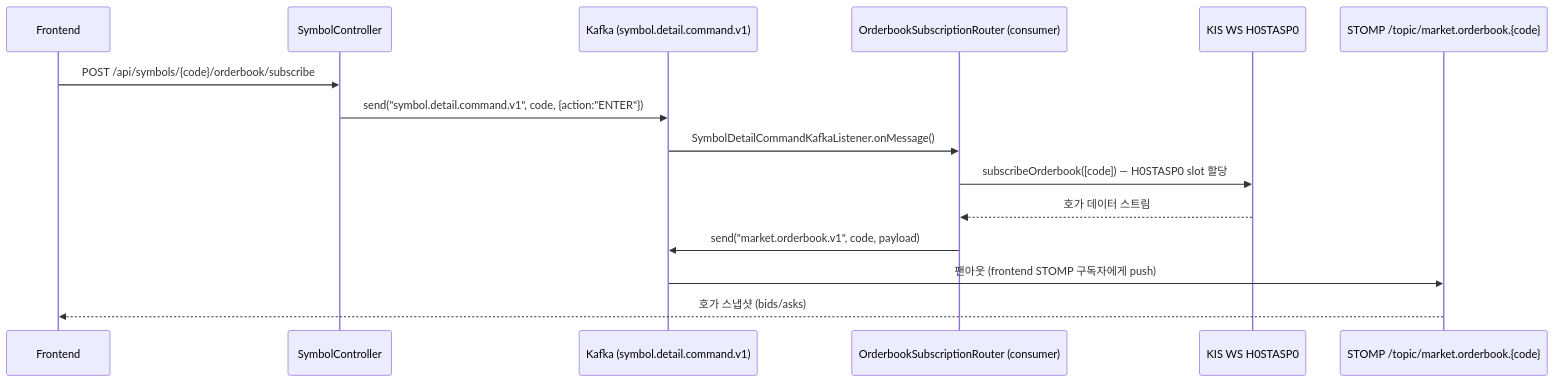
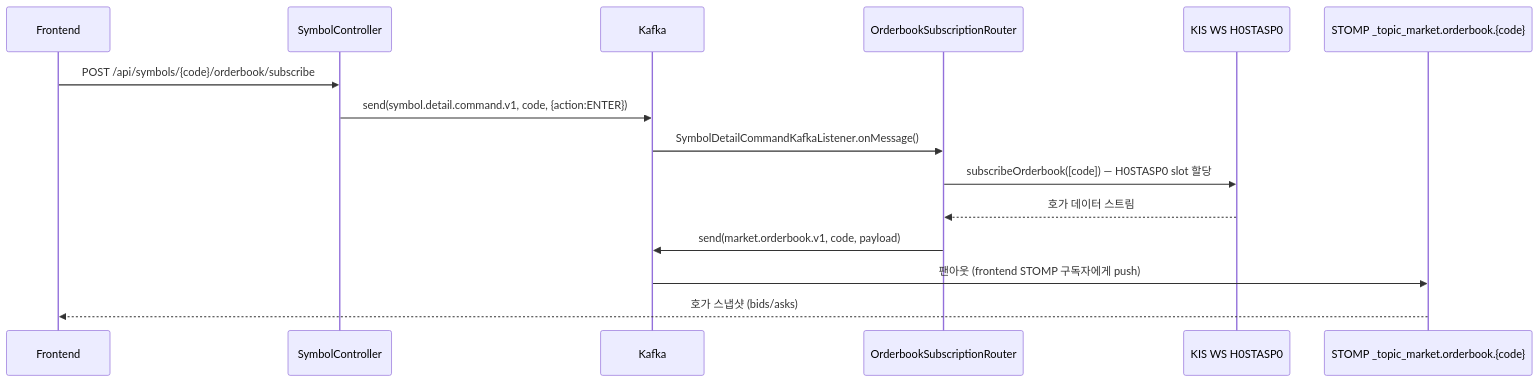
One commit to sp-daewoon/magicJar changed the fourth of 12 diagrams in _workspace/baseline/v3.1.0/02-data-flow.md. Above: the diagram before and after it, drawn with Mermaid. The commit also changed other lines of this file and 9 other files, not shown here.

First line of the commit message:
fix(baseline+script): Mermaid 10 syntax error 일괄 정정

````diff
--- a/_workspace/baseline/v3.1.0/02-data-flow.md
+++ b/_workspace/baseline/v3.1.0/02-data-flow.md
@@ -117,18 +117,18 @@
 ```mermaid
 sequenceDiagram
     participant FE as Frontend
     participant CTRL as SymbolController
-    participant KAFKA as Kafka (symbol.detail.command.v1)
-    participant CONSUMER as OrderbookSubscriptionRouter (consumer)
+    participant KAFKA as Kafka
+    participant CONSUMER as OrderbookSubscriptionRouter
     participant KISWS as KIS WS H0STASP0
-    participant STOMP as STOMP /topic/market.orderbook.{code}
+    participant STOMP as STOMP _topic_market.orderbook.{code}
 
     FE->>CTRL: POST /api/symbols/{code}/orderbook/subscribe
-    CTRL->>KAFKA: send("symbol.detail.command.v1", code, {action:"ENTER"})
+    CTRL->>KAFKA: send(symbol.detail.command.v1, code, {action:ENTER})
     KAFKA->>CONSUMER: SymbolDetailCommandKafkaListener.onMessage()
     CONSUMER->>KISWS: subscribeOrderbook([code]) — H0STASP0 slot 할당
     KISWS-->>CONSUMER: 호가 데이터 스트림
-    CONSUMER->>KAFKA: send("market.orderbook.v1", code, payload)
+    CONSUMER->>KAFKA: send(market.orderbook.v1, code, payload)
     KAFKA->>STOMP: 팬아웃 (frontend STOMP 구독자에게 push)
     STOMP-->>FE: 호가 스냅샷 (bids/asks)
 ```
````
